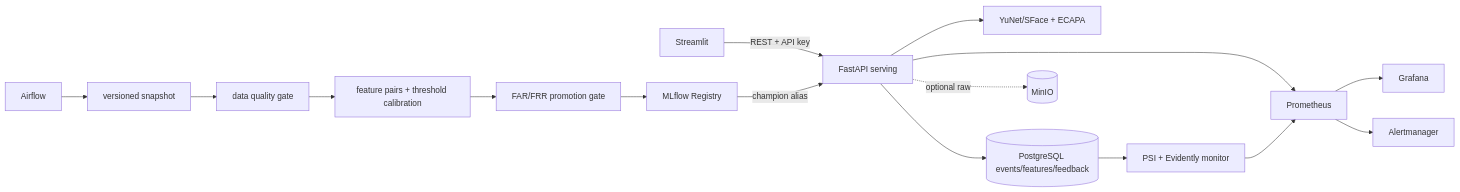
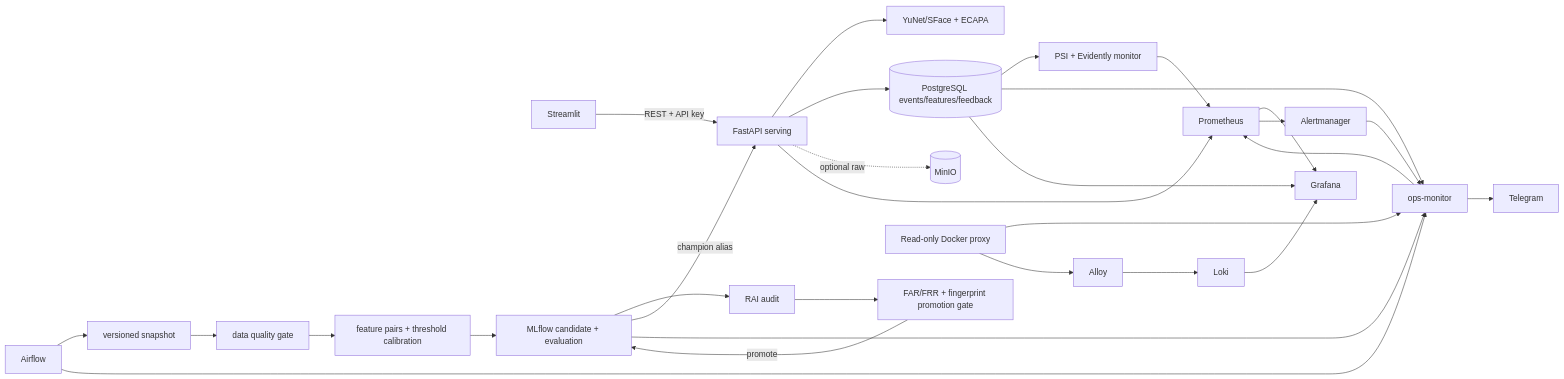
One commit to FSB-MSA36HN/DDM501-face-voice-proctoring changed the diagram in ARCHITECTURE.md. Above: the diagram before and after it, drawn with Mermaid. The commit also changed other lines of this file and 8 other files, not shown here.

````diff
--- a/ARCHITECTURE.md
+++ b/ARCHITECTURE.md
@@ -3,15 +3,24 @@
 ```mermaid
 flowchart LR
   UI[Streamlit] -->|REST + API key| API[FastAPI serving]
   API --> EMB[YuNet/SFace + ECAPA]
   API --> PG[(PostgreSQL events/features/feedback)]
   API -. optional raw .-> S3[(MinIO)]
   AF[Airflow] --> SNAP[versioned snapshot]
   SNAP --> DQ[data quality gate] --> TRAIN[feature pairs + threshold calibration]
-  TRAIN --> EVAL[FAR/FRR promotion gate] --> MF[MLflow Registry]
+  TRAIN --> MF[MLflow candidate + evaluation]
+  MF --> RAI[RAI audit] --> EVAL[FAR/FRR + fingerprint promotion gate]
+  EVAL -->|promote| MF
   MF -->|champion alias| API
   API --> PROM[Prometheus]
   PG --> DM[PSI + Evidently monitor]
   DM --> PROM --> GF[Grafana]
   PROM --> AM[Alertmanager]
+  AM --> OPS[ops-monitor] --> TG[Telegram]
+  MF --> OPS
+  AF --> OPS
+  PG --> OPS --> PROM
+  Docker[Read-only Docker proxy] --> OPS
+  Docker --> Alloy --> Loki --> GF
+  PG --> GF
 ```
````
